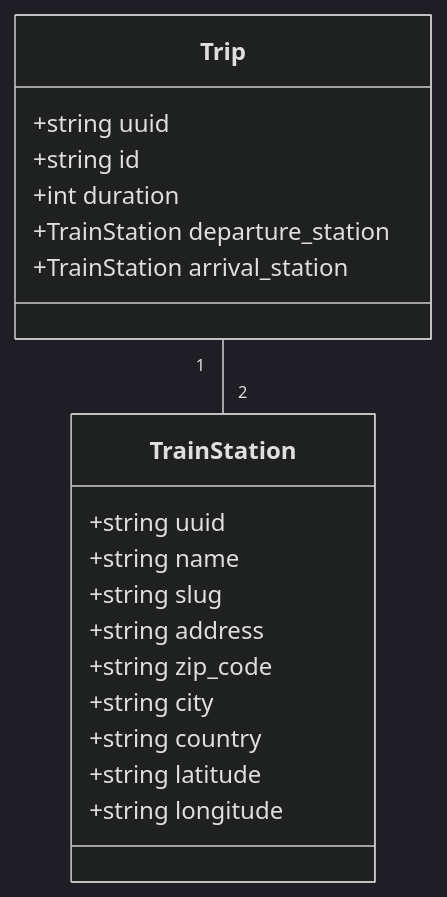
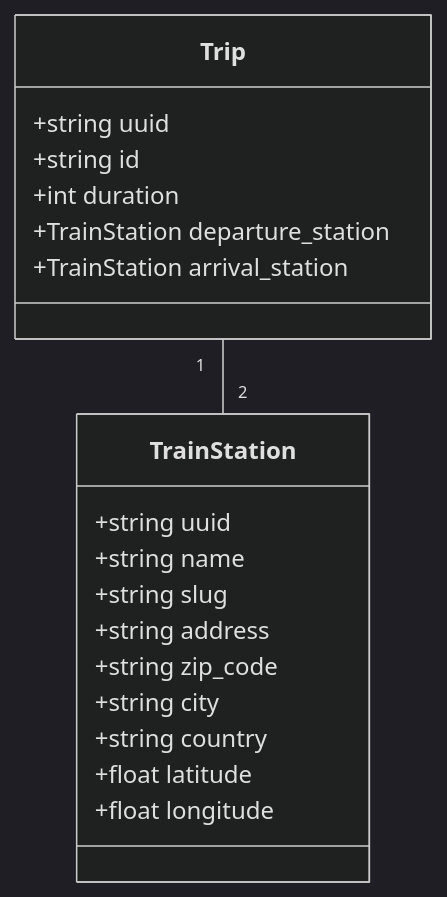
Before and after one commit to luckykamon/travel_order_resolved: the diagram in Documentation/bdd_diagram.md, drawn with Mermaid (dark theme). The commit also changed 14 other files, not shown here.

````diff
--- a/Documentation/bdd_diagram.md
+++ b/Documentation/bdd_diagram.md
@@ -1,24 +1,24 @@
 ```mermaid
 classDiagram
     class TrainStation {
         +string uuid
         +string name
         +string slug
         +string address
         +string zip_code
         +string city
         +string country
-        +string latitude
-        +string longitude
+        +float latitude
+        +float longitude
     }
 
     class Trip {
         +string uuid
         +string id
         +int duration
         +TrainStation departure_station
         +TrainStation arrival_station
     }
 
     Trip "1" -- "2" TrainStation
 ```
````
